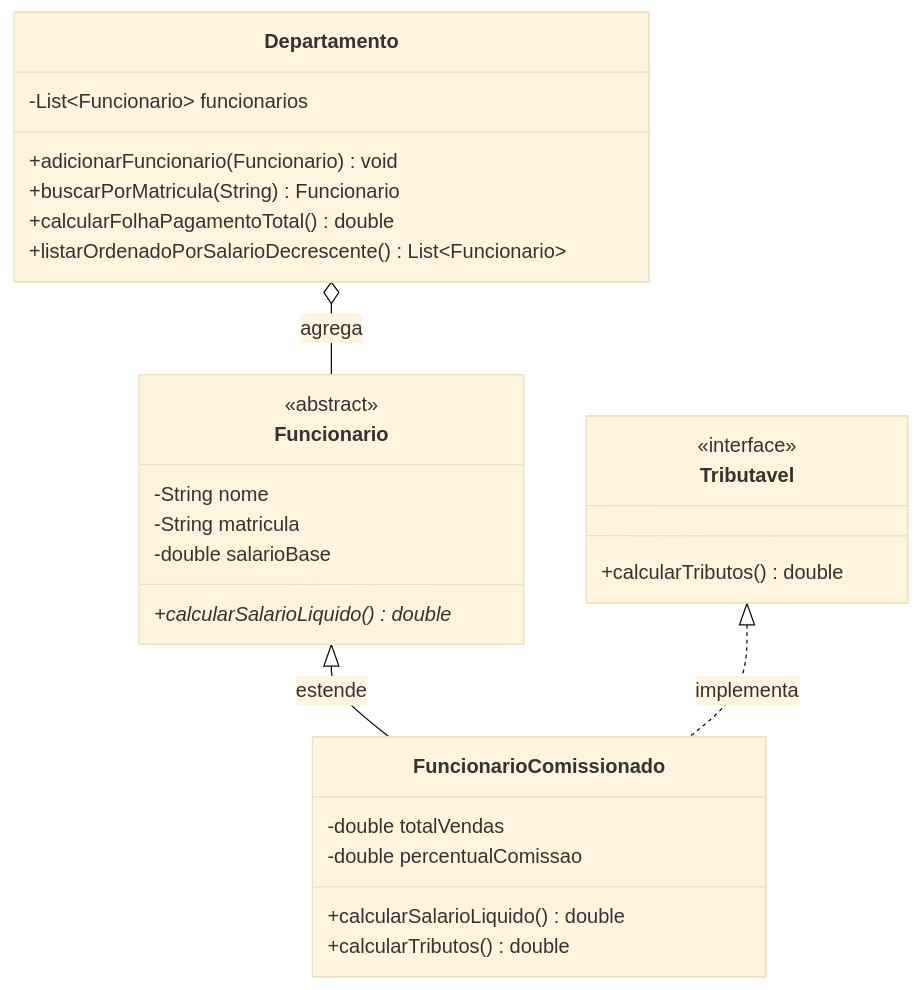
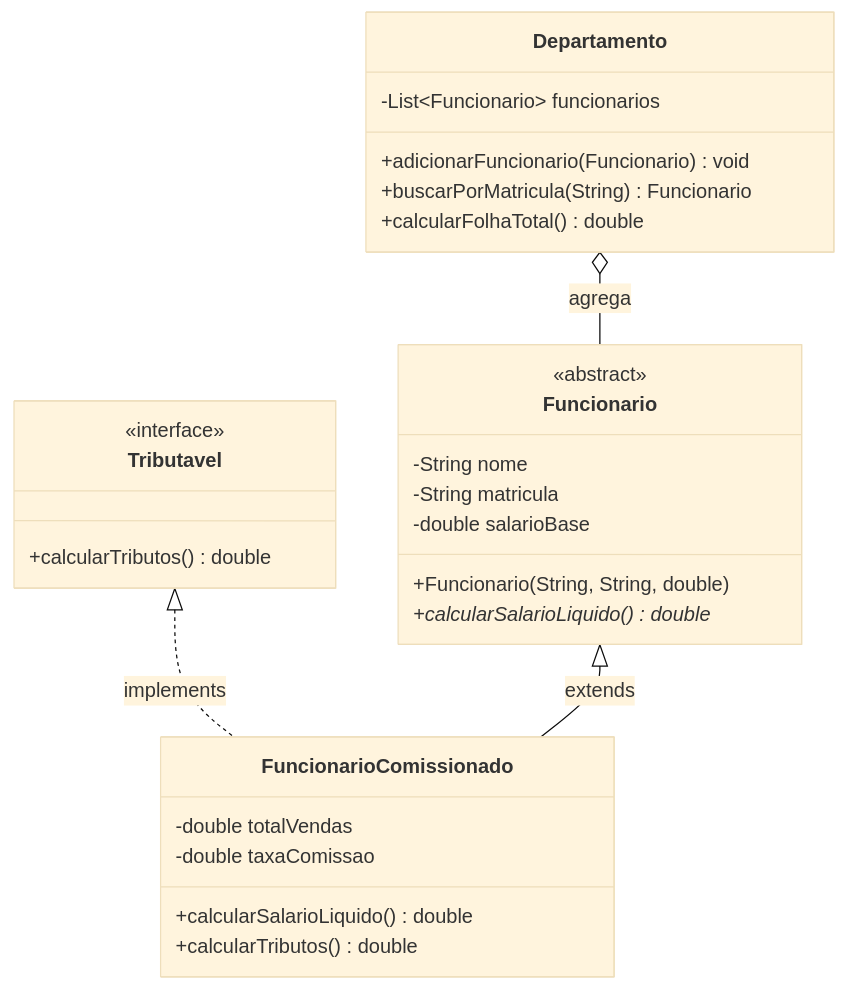
One commit to murilolol/unifef changed diagram 18 of 19 in 3º Semestre/[Prof. Jefferson Passerini] Laboratório de Programação III/Resumos-IA/Caderno-Consolidado.md. Above: the diagram before and after it, drawn with Mermaid (base theme). The commit also changed other lines of this file and 25 other files, not shown here.

````diff
--- a/3º Semestre/[Prof. Jefferson Passerini] Laboratório de Programação III/Resumos-IA/Caderno-Consolidado.md
+++ b/3º Semestre/[Prof. Jefferson Passerini] Laboratório de Programação III/Resumos-IA/Caderno-Consolidado.md
@@ -1982,31 +1667,34 @@
 ```mermaid
 classDiagram
     class Tributavel {
         <<interface>>
         +calcularTributos() double
     }
+
     class Funcionario {
         <<abstract>>
         -String nome
         -String matricula
         -double salarioBase
+        +Funcionario(String, String, double)
         +calcularSalarioLiquido()* double
     }
+
     class FuncionarioComissionado {
         -double totalVendas
-        -double percentualComissao
+        -double taxaComissao
         +calcularSalarioLiquido() double
         +calcularTributos() double
     }
+
     class Departamento {
         -List~Funcionario~ funcionarios
         +adicionarFuncionario(Funcionario) void
         +buscarPorMatricula(String) Funcionario
-        +calcularFolhaPagamentoTotal() double
-        +listarOrdenadoPorSalarioDecrescente() List~Funcionario~
+        +calcularFolhaTotal() double
     }
 
-    Funcionario <|-- FuncionarioComissionado : estende
-    Tributavel <|.. FuncionarioComissionado : implementa
+    Tributavel <|.. FuncionarioComissionado : implements
+    Funcionario <|-- FuncionarioComissionado : extends
     Departamento o-- Funcionario : agrega
 ```
````
